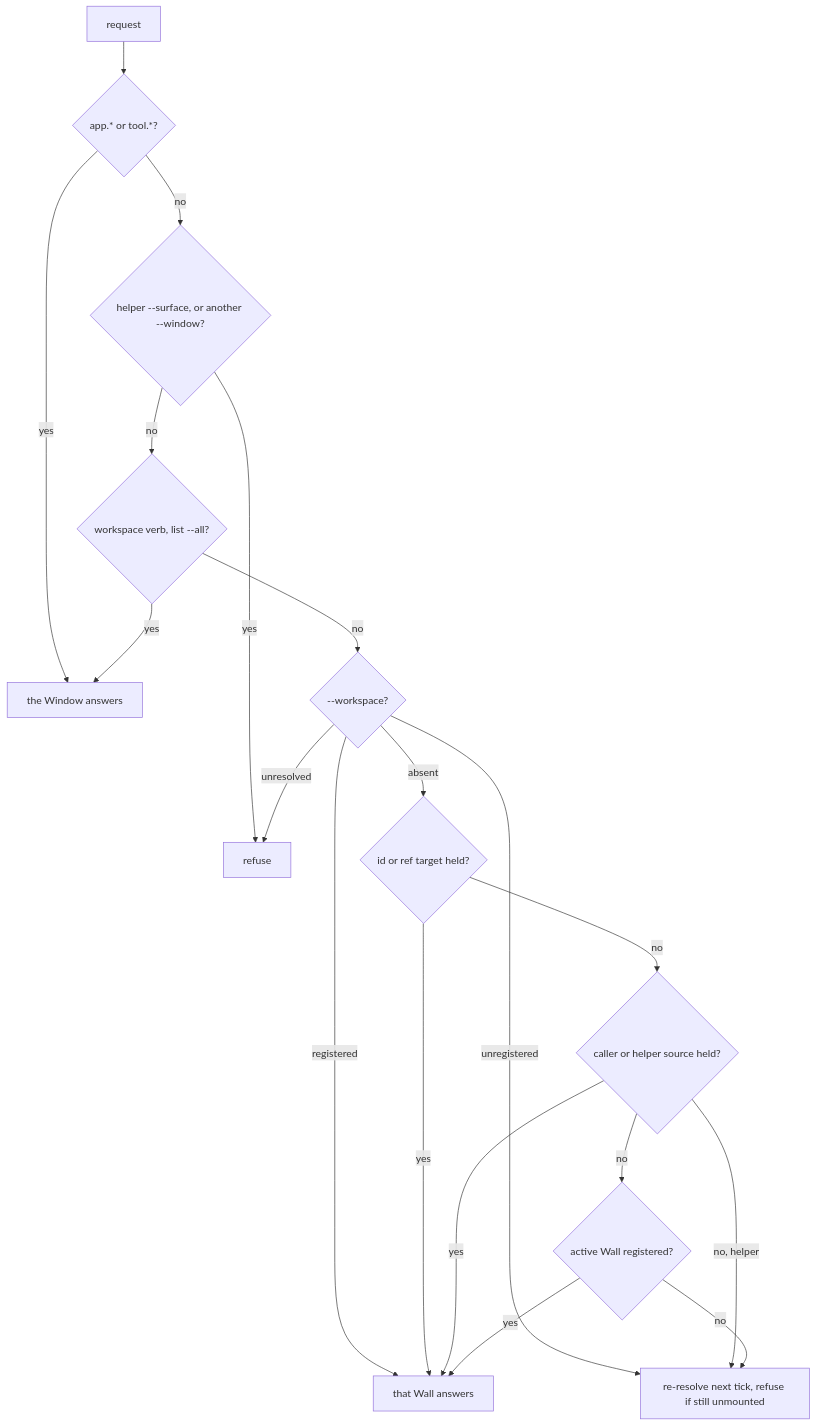
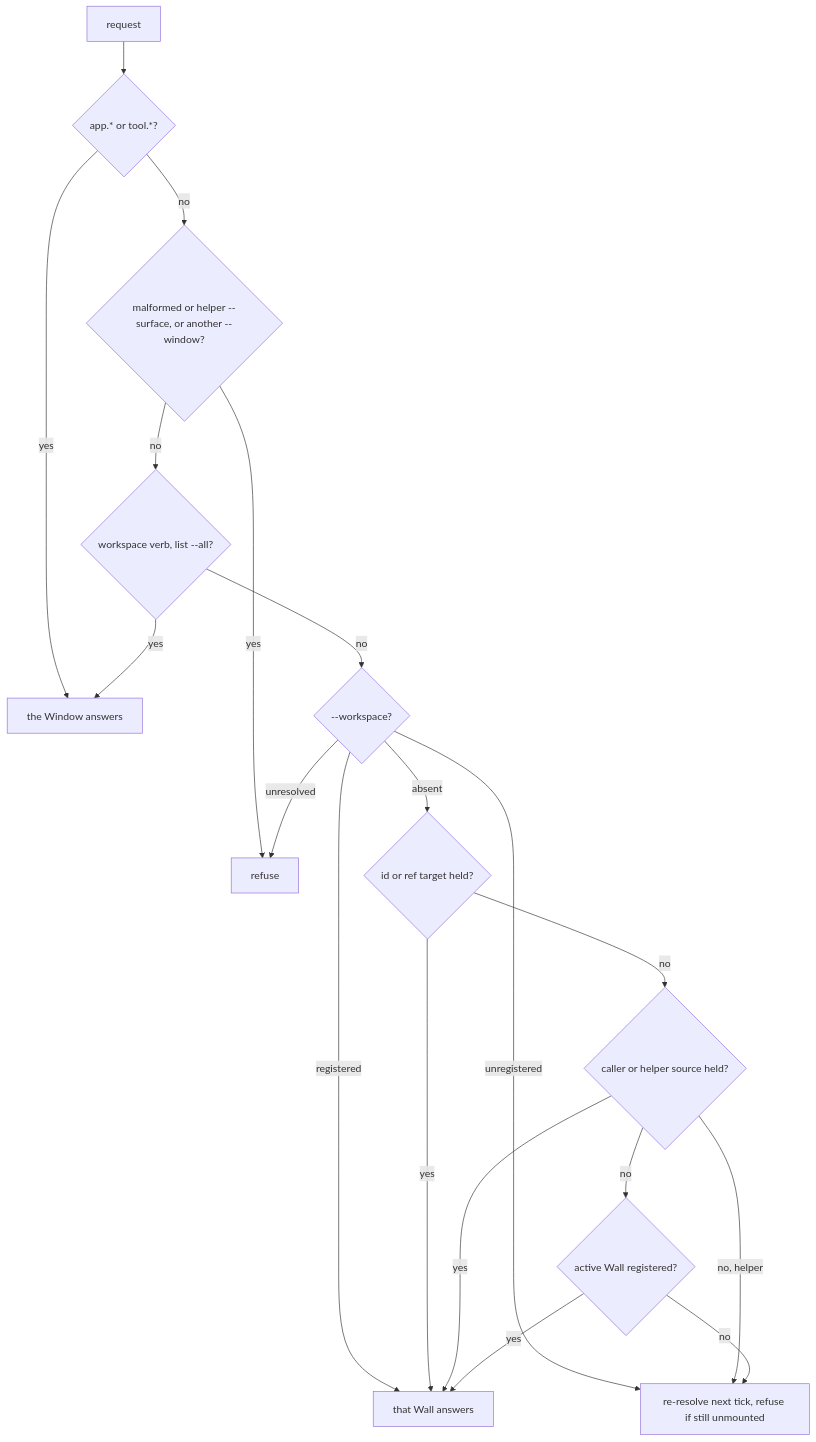
One commit to diffplug/dormouse changed the second of 2 diagrams in docs/specs/dor-cli.md. Above: the diagram before and after it, drawn with Mermaid. The commit also changed 19 other files, not shown here.

````diff
--- a/docs/specs/dor-cli.md
+++ b/docs/specs/dor-cli.md
@@ -138,21 +138,21 @@
 ```mermaid
 flowchart TD
   R[request] --> AT{app.* or tool.*?}
   AT -- yes --> WIN[the Window answers]
-  AT -- no --> BAD{helper --surface, or another --window?}
+  AT -- no --> BAD{malformed or helper --surface, or another --window?}
   BAD -- yes --> REF[refuse]
   BAD -- no --> C{workspace verb, list --all?}
   C -- yes --> WIN
   C -- no --> WS{--workspace?}
   WS -- unresolved --> REF
   WS -- registered --> H[that Wall answers]
   WS -- unregistered --> P["re-resolve next tick, refuse if still unmounted"]
   WS -- absent --> ST{id or ref target held?}
   ST -- yes --> H
   ST -- no --> CA{caller or helper source held?}
   CA -- yes --> H
   CA -- no, helper --> P
   CA -- no --> AC{active Wall registered?}
   AC -- yes --> H
   AC -- no --> P
 ```
````
